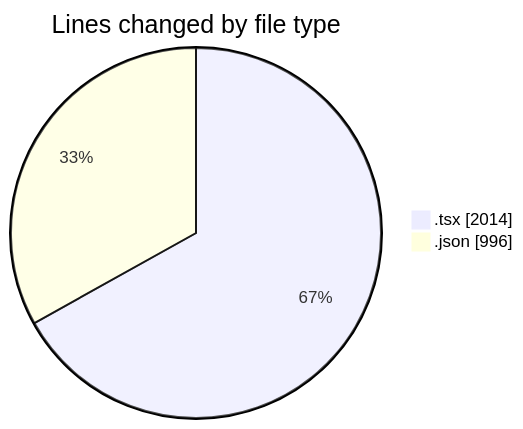
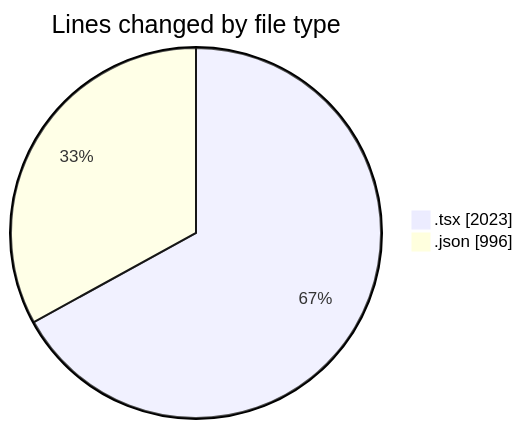
Before and after one commit to EIIisD/code-tracking: the first of 2 diagrams in 2025-08-13/ribbon/README.md, drawn with Mermaid. The commit also changed other lines of this file and 1 other file, not shown here.

````diff
--- a/2025-08-13/ribbon/README.md
+++ b/2025-08-13/ribbon/README.md
@@ -31,6 +31,6 @@
 ```mermaid
 pie showData
 title Lines changed by file type
-".tsx" : 2014
+".tsx" : 2023
 ".json" : 996
 ```
````
